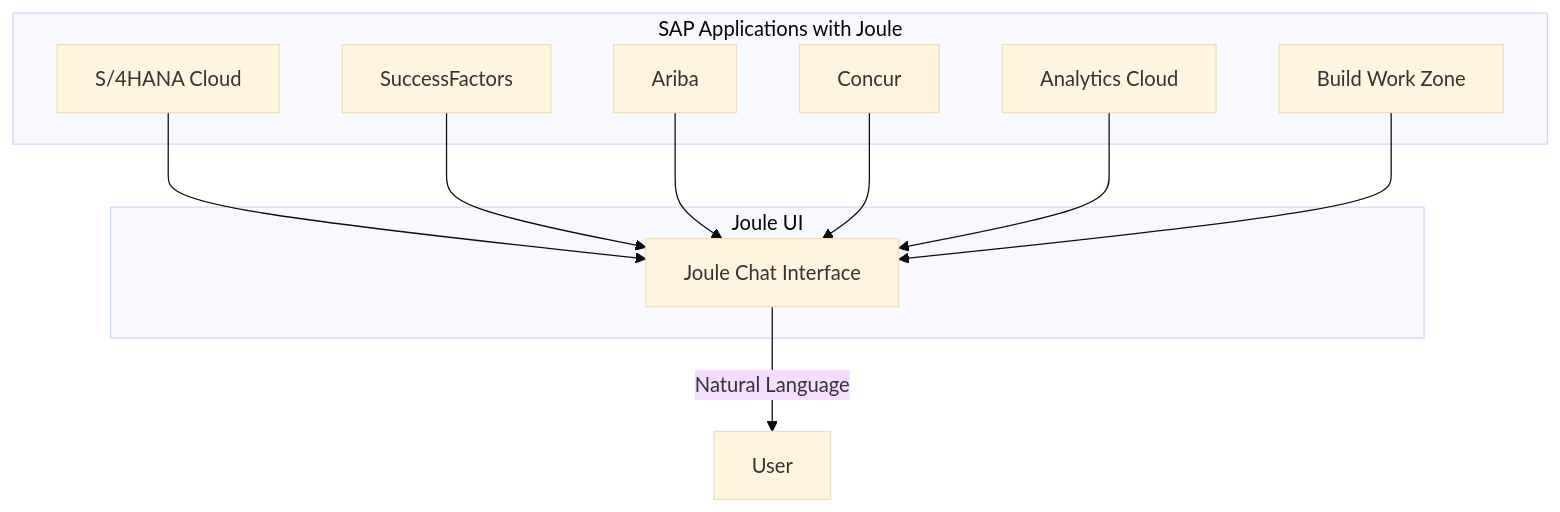
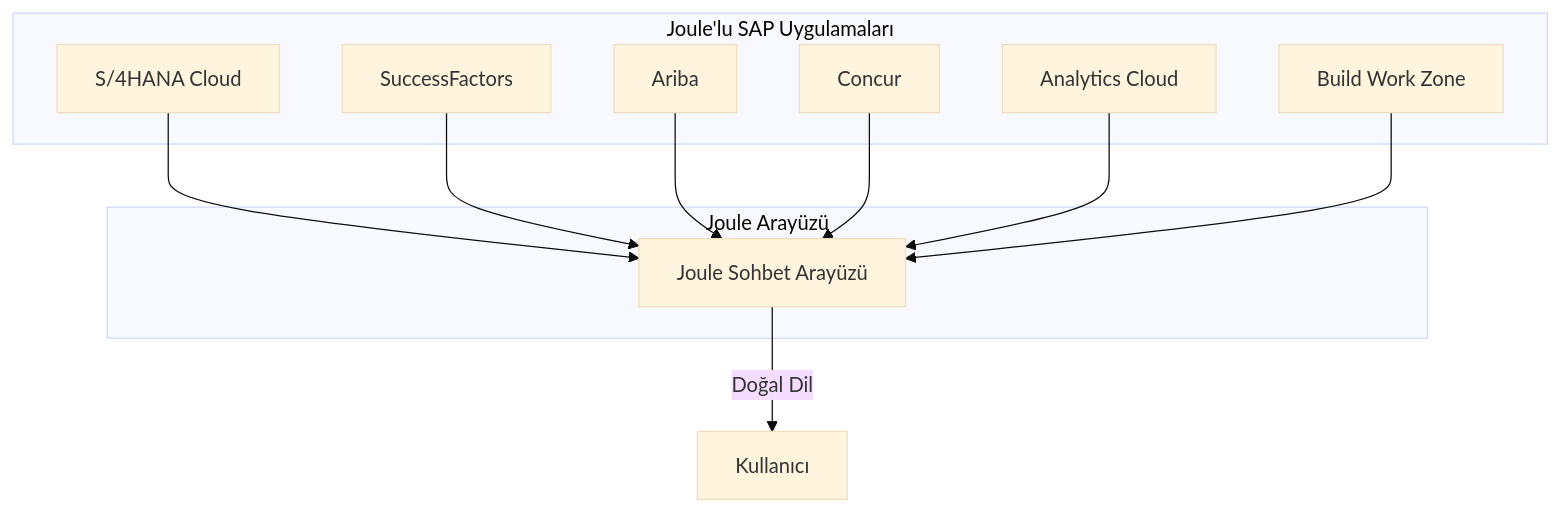
One commit to beyhanmeyrali/sap-all changed the first of 6 diagrams in Technical Tutorials/BTP/TR/chapters/08-joule-fundamentals.md. Above: the diagram before and after it, drawn with Mermaid (base theme). The commit also changed other lines of this file and 2 other files, not shown here.

````diff
--- a/Technical Tutorials/BTP/TR/chapters/08-joule-fundamentals.md
+++ b/Technical Tutorials/BTP/TR/chapters/08-joule-fundamentals.md
@@ -24,24 +24,24 @@
 ```mermaid
 graph TD
-    subgraph "SAP Applications with Joule"
+    subgraph "Joule'lu SAP Uygulamaları"
         S4[S/4HANA Cloud]
         SF[SuccessFactors]
         AR[Ariba]
         CC[Concur]
         AC[Analytics Cloud]
         BW[Build Work Zone]
     end
 
-    subgraph "Joule UI"
-        J[Joule Chat Interface]
+    subgraph "Joule Arayüzü"
+        J[Joule Sohbet Arayüzü]
     end
 
     S4 --> J
     SF --> J
     AR --> J
     CC --> J
     AC --> J
     BW --> J
 
-    J --> |"Natural Language"| U[User]
+    J --> |"Doğal Dil"| U[Kullanıcı]
 ```
````
